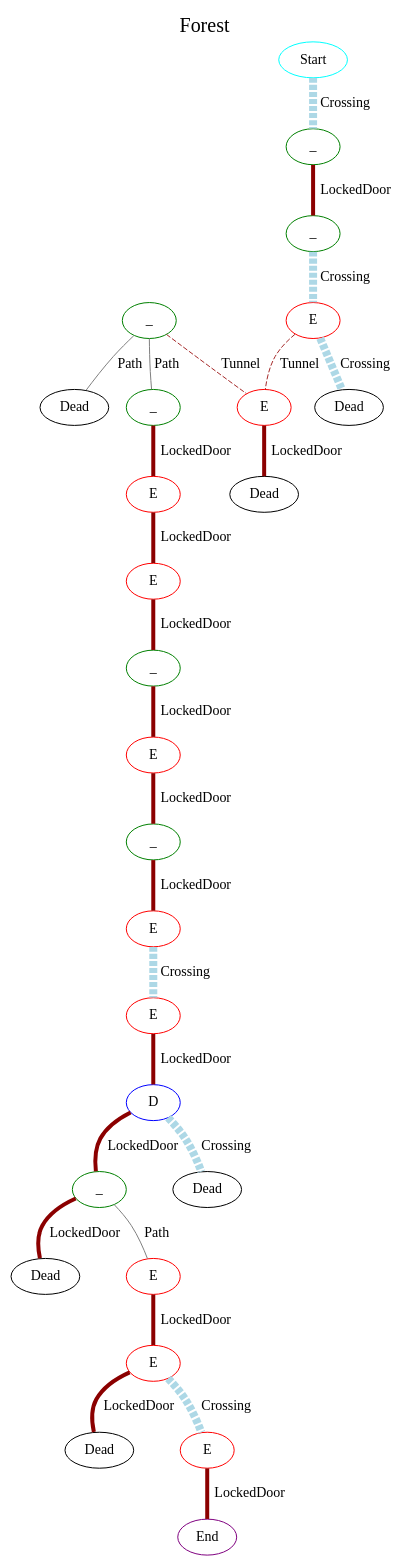
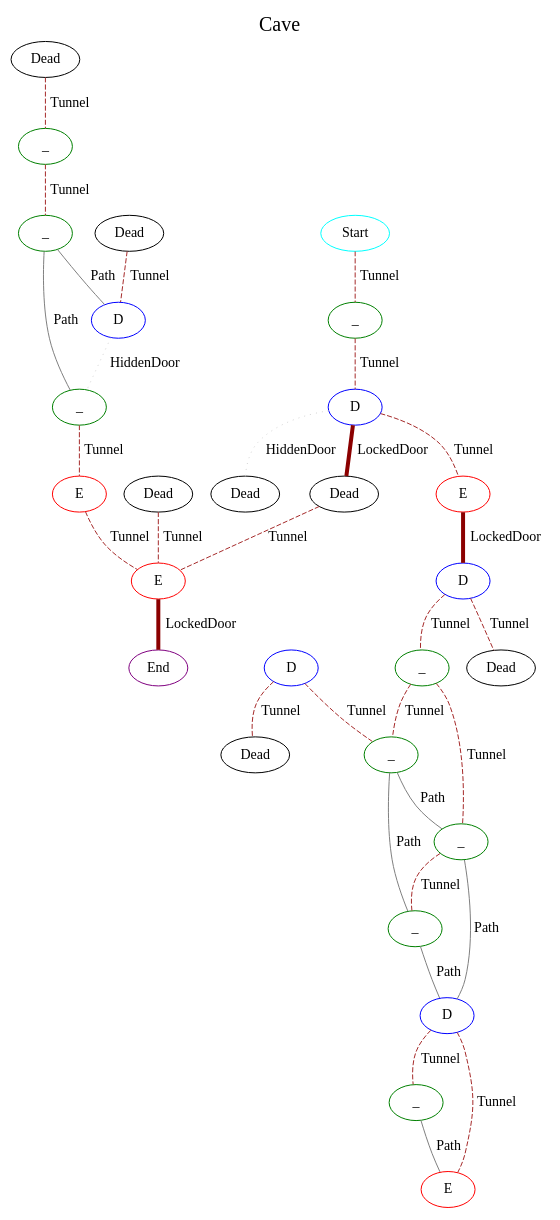
The diagram in graph.dot (kelceydamage/go-rogue), drawn with Graphviz before and after one commit. The commit also changed 14 other files, not shown here.

```diff
--- a/graph.dot
+++ b/graph.dot
@@ -1,56 +1,63 @@
 graph G {
-  label="Forest";
+  label="Cave";
   labelloc="t";
   fontsize="20";
-  3 [label="E", color="red"];
+  2 [label="D", color="blue"];
+  3 [label="Dead", color="black"];
+  6 [label="Dead", color="black"];
+  7 [label="D", color="blue"];
+  9 [label="D", color="blue"];
+  11 [label="_", color="green"];
+  15 [label="Dead", color="black"];
+  16 [label="_", color="green"];
+  0 [label="Start", color="cyan"];
   4 [label="Dead", color="black"];
-  10 [label="E", color="red"];
-  11 [label="_", color="green"];
-  15 [label="E", color="red"];
+  8 [label="Dead", color="black"];
+  10 [label="_", color="green"];
+  13 [label="_", color="green"];
+  17 [label="E", color="red"];
   18 [label="_", color="green"];
-  0 [label="Start", color="cyan"];
-  5 [label="_", color="green"];
-  6 [label="E", color="red"];
-  8 [label="_", color="green"];
-  9 [label="E", color="red"];
-  14 [label="Dead", color="black"];
-  20 [label="Dead", color="black"];
-  21 [label="E", color="red"];
-  7 [label="Dead", color="black"];
-  13 [label="_", color="green"];
-  17 [label="D", color="blue"];
+  20 [label="_", color="green"];
+  5 [label="E", color="red"];
+  12 [label="_", color="green"];
+  14 [label="D", color="blue"];
   19 [label="Dead", color="black"];
-  22 [label="E", color="red"];
-  23 [label="Dead", color="black"];
-  25 [label="End", color="purple"];
+  21 [label="Dead", color="black"];
+  24 [label="E", color="red"];
+  25 [label="E", color="red"];
+  26 [label="End", color="purple"];
   1 [label="_", color="green"];
-  2 [label="_", color="green"];
-  12 [label="E", color="red"];
-  16 [label="E", color="red"];
-  24 [label="E", color="red"];
-  2 -- 3 [label="Crossing", color="lightblue", style="dashed", penwidth="8"];
-  12 -- 13 [label="LockedDoor", color="darkred", style="bold", penwidth="4"];
-  16 -- 17 [label="LockedDoor", color="darkred", style="bold", penwidth="4"];
-  24 -- 25 [label="LockedDoor", color="darkred", style="bold", penwidth="4"];
-  3 -- 4 [label="Crossing", color="lightblue", style="dashed", penwidth="8"];
-  3 -- 6 [label="Tunnel", color="brown", style="dashed", penwidth="1"];
-  10 -- 11 [label="LockedDoor", color="darkred", style="bold", penwidth="4"];
-  11 -- 12 [label="LockedDoor", color="darkred", style="bold", penwidth="4"];
-  15 -- 16 [label="Crossing", color="lightblue", style="dashed", penwidth="8"];
-  18 -- 21 [label="Path", color="gray", style="solid", penwidth="1"];
-  18 -- 20 [label="LockedDoor", color="darkred", style="bold", penwidth="4"];
-  0 -- 1 [label="Crossing", color="lightblue", style="dashed", penwidth="8"];
-  5 -- 6 [label="Tunnel", color="brown", style="dashed", penwidth="1"];
-  5 -- 14 [label="Path", color="gray", style="solid", penwidth="1"];
-  5 -- 8 [label="Path", color="gray", style="solid", penwidth="1"];
-  6 -- 7 [label="LockedDoor", color="darkred", style="bold", penwidth="4"];
-  8 -- 9 [label="LockedDoor", color="darkred", style="bold", penwidth="4"];
-  9 -- 10 [label="LockedDoor", color="darkred", style="bold", penwidth="4"];
-  21 -- 22 [label="LockedDoor", color="darkred", style="bold", penwidth="4"];
-  13 -- 15 [label="LockedDoor", color="darkred", style="bold", penwidth="4"];
-  17 -- 18 [label="LockedDoor", color="darkred", style="bold", penwidth="4"];
-  17 -- 19 [label="Crossing", color="lightblue", style="dashed", penwidth="8"];
-  22 -- 24 [label="Crossing", color="lightblue", style="dashed", penwidth="8"];
-  22 -- 23 [label="LockedDoor", color="darkred", style="bold", penwidth="4"];
-  1 -- 2 [label="LockedDoor", color="darkred", style="bold", penwidth="4"];
+  22 [label="D", color="blue"];
+  23 [label="_", color="green"];
+  1 -- 2 [label="Tunnel", color="brown", style="dashed", penwidth="1"];
+  22 -- 23 [label="HiddenDoor", color="lightgray", style="dotted", penwidth="1"];
+  23 -- 24 [label="Tunnel", color="brown", style="dashed", penwidth="1"];
+  2 -- 4 [label="HiddenDoor", color="lightgray", style="dotted", penwidth="1"];
+  2 -- 5 [label="Tunnel", color="brown", style="dashed", penwidth="1"];
+  2 -- 3 [label="LockedDoor", color="darkred", style="bold", penwidth="4"];
+  3 -- 25 [label="Tunnel", color="brown", style="dashed", penwidth="1"];
+  6 -- 25 [label="Tunnel", color="brown", style="dashed", penwidth="1"];
+  7 -- 8 [label="Tunnel", color="brown", style="dashed", penwidth="1"];
+  7 -- 10 [label="Tunnel", color="brown", style="dashed", penwidth="1"];
+  9 -- 21 [label="Tunnel", color="brown", style="dashed", penwidth="1"];
+  9 -- 11 [label="Tunnel", color="brown", style="dashed", penwidth="1"];
+  11 -- 13 [label="Path", color="gray", style="solid", penwidth="1"];
+  11 -- 12 [label="Path", color="gray", style="solid", penwidth="1"];
+  15 -- 18 [label="Tunnel", color="brown", style="dashed", penwidth="1"];
+  16 -- 17 [label="Path", color="gray", style="solid", penwidth="1"];
+  0 -- 1 [label="Tunnel", color="brown", style="dashed", penwidth="1"];
+  10 -- 12 [label="Tunnel", color="brown", style="dashed", penwidth="1"];
+  10 -- 11 [label="Tunnel", color="brown", style="dashed", penwidth="1"];
+  13 -- 14 [label="Path", color="gray", style="solid", penwidth="1"];
+  18 -- 20 [label="Tunnel", color="brown", style="dashed", penwidth="1"];
+  20 -- 22 [label="Path", color="gray", style="solid", penwidth="1"];
+  20 -- 23 [label="Path", color="gray", style="solid", penwidth="1"];
+  5 -- 7 [label="LockedDoor", color="darkred", style="bold", penwidth="4"];
+  12 -- 14 [label="Path", color="gray", style="solid", penwidth="1"];
+  12 -- 13 [label="Tunnel", color="brown", style="dashed", penwidth="1"];
+  14 -- 16 [label="Tunnel", color="brown", style="dashed", penwidth="1"];
+  14 -- 17 [label="Tunnel", color="brown", style="dashed", penwidth="1"];
+  19 -- 22 [label="Tunnel", color="brown", style="dashed", penwidth="1"];
+  24 -- 25 [label="Tunnel", color="brown", style="dashed", penwidth="1"];
+  25 -- 26 [label="LockedDoor", color="darkred", style="bold", penwidth="4"];
 }
```
